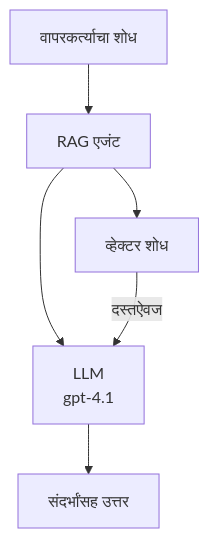
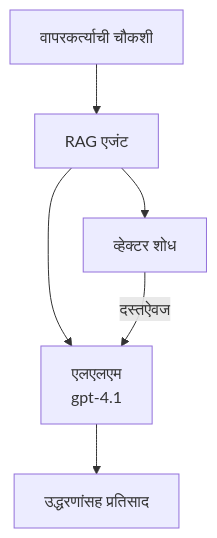
One commit to microsoft/AZD-for-beginners changed the second of 3 diagrams in translations/mr/docs/chapter-02-ai-development/agents.md. Above: the diagram before and after it, drawn with Mermaid. The commit also changed other lines of this file and 101 other files, not shown here.

````diff
--- a/translations/mr/docs/chapter-02-ai-development/agents.md
+++ b/translations/mr/docs/chapter-02-ai-development/agents.md
@@ -170,8 +175,8 @@
 ```mermaid
 graph TD
-    Query[वापरकर्त्याचा शोध] --> RAG[RAG एजंट]
+    Query[वापरकर्त्याची चौकशी] --> RAG[RAG एजंट]
     RAG --> Vector[व्हेक्टर शोध]
-    RAG --> LLM[LLM<br/>gpt-4.1]
+    RAG --> LLM[एलएलएम<br/>gpt-4.1]
     Vector -- दस्तऐवज --> LLM
-    LLM --> Response[संदर्भांसह उत्तर]
+    LLM --> Response[उद्धरणांसह प्रतिसाद]
 ```
````
